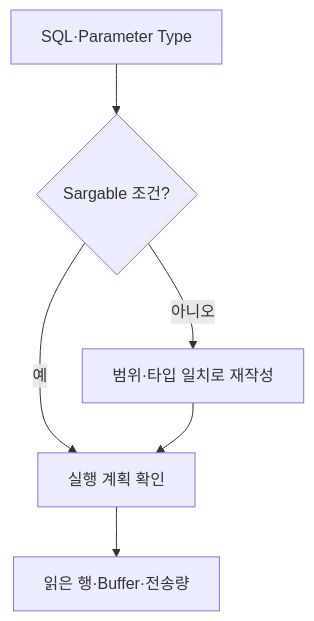
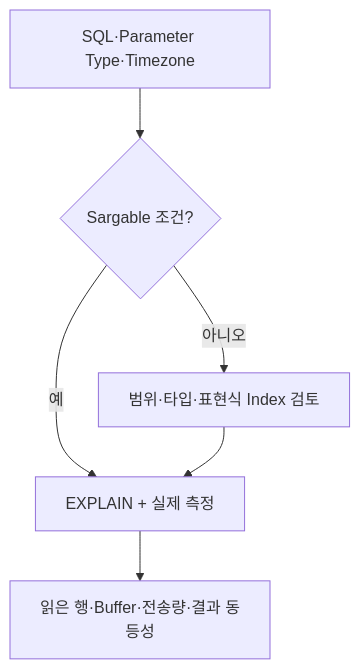
Before and after one commit to hyeongseoblim/systemdesign: the diagram in apps/api/src/main/resources/content/database-15-query-antipattern-review.md, drawn with Mermaid. The commit also changed other lines of this file and 96 other files, not shown here.

````diff
--- a/apps/api/src/main/resources/content/database-15-query-antipattern-review.md
+++ b/apps/api/src/main/resources/content/database-15-query-antipattern-review.md
@@ -24,8 +29,8 @@
 ```mermaid
 flowchart TD
-    Q[SQL·Parameter Type] --> S{Sargable 조건?}
-    S -->|아니오| R[범위·타입 일치로 재작성]
-    S -->|예| P[실행 계획 확인]
+    Q[SQL·Parameter Type·Timezone] --> S{Sargable 조건?}
+    S -->|아니오| R[범위·타입·표현식 Index 검토]
+    S -->|예| P[EXPLAIN + 실제 측정]
     R --> P
-    P --> D[읽은 행·Buffer·전송량]
+    P --> D[읽은 행·Buffer·전송량·결과 동등성]
 ```
````
